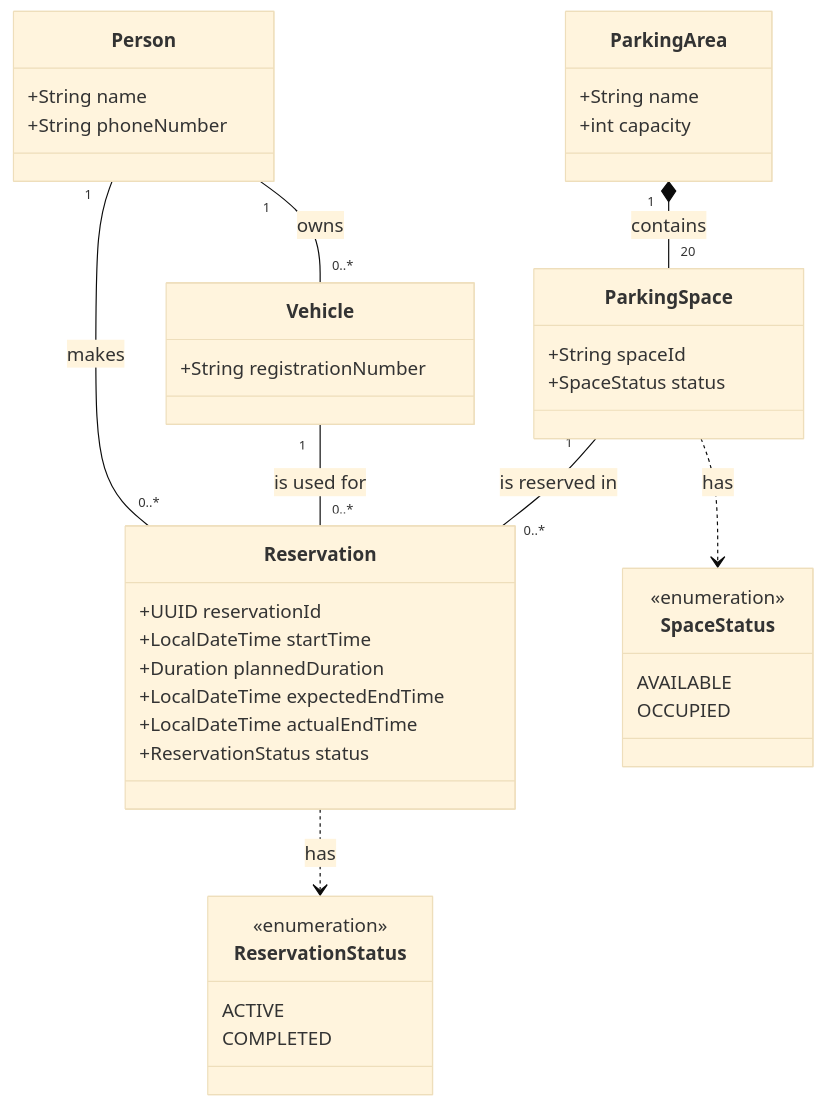
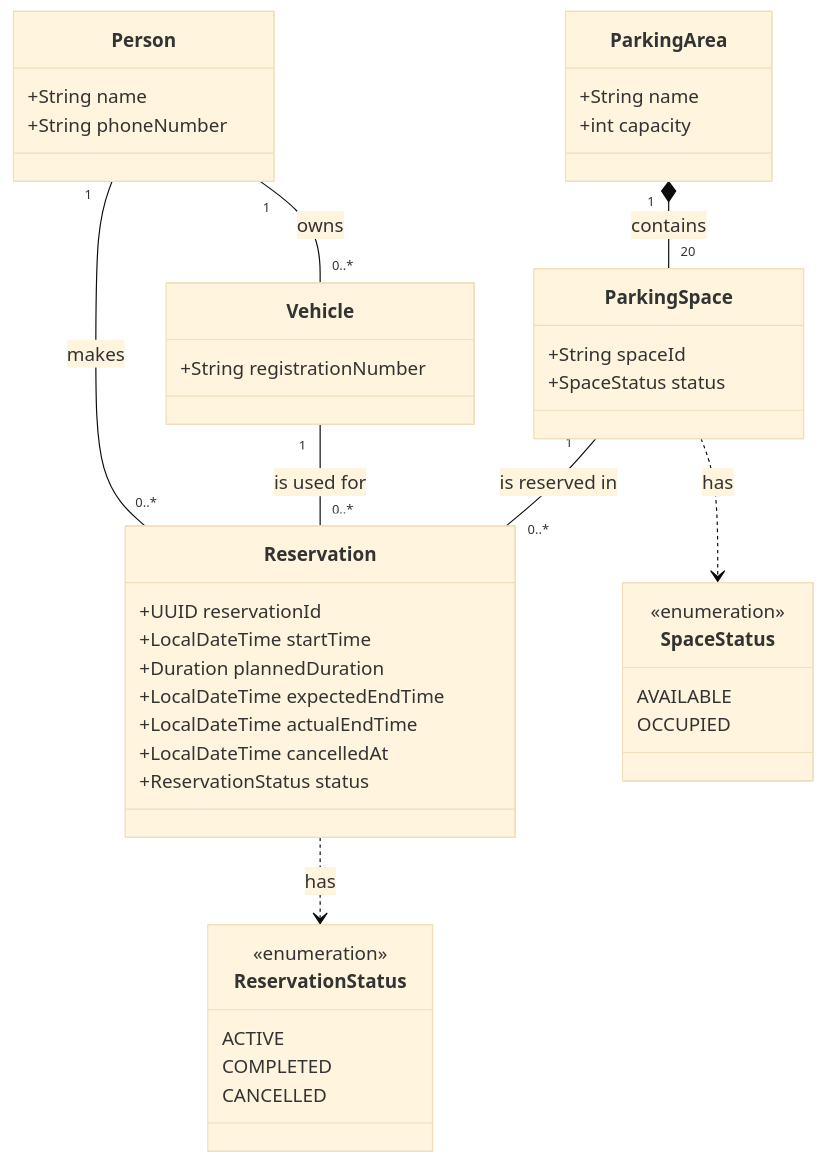
Before and after one commit to tukue/parking-reservation-app: the diagram in README.md, drawn with Mermaid (base theme). The commit also changed other lines of this file and 12 other files, not shown here.

````diff
--- a/README.md
+++ b/README.md
@@ -65,50 +65,52 @@
 ```mermaid
 classDiagram
     class ParkingArea {
         +String name
         +int capacity
     }
 
     class ParkingSpace {
         +String spaceId
         +SpaceStatus status
     }
 
     class Person {
         +String name
         +String phoneNumber
     }
 
     class Vehicle {
         +String registrationNumber
     }
 
     class Reservation {
         +UUID reservationId
         +LocalDateTime startTime
         +Duration plannedDuration
         +LocalDateTime expectedEndTime
         +LocalDateTime actualEndTime
+        +LocalDateTime cancelledAt
         +ReservationStatus status
     }
 
     class SpaceStatus {
         <<enumeration>>
         AVAILABLE
         OCCUPIED
     }
 
     class ReservationStatus {
         <<enumeration>>
         ACTIVE
         COMPLETED
+        CANCELLED
     }
 
     ParkingArea "1" *-- "20" ParkingSpace : contains
     Person "1" -- "0..*" Vehicle : owns
     Person "1" -- "0..*" Reservation : makes
     Vehicle "1" -- "0..*" Reservation : is used for
     ParkingSpace "1" -- "0..*" Reservation : is reserved in
     ParkingSpace ..> SpaceStatus : has
     Reservation ..> ReservationStatus : has
 ```
````
